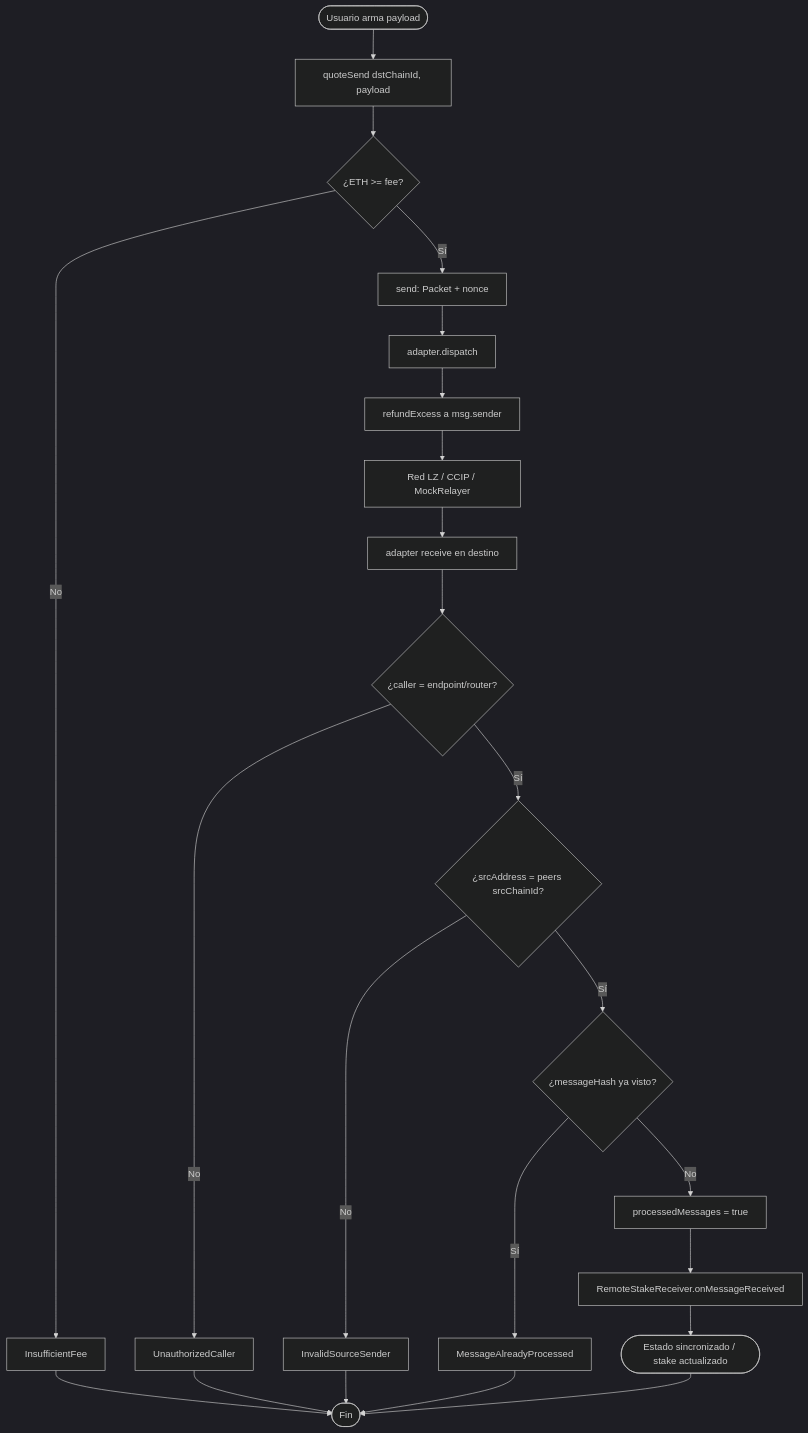
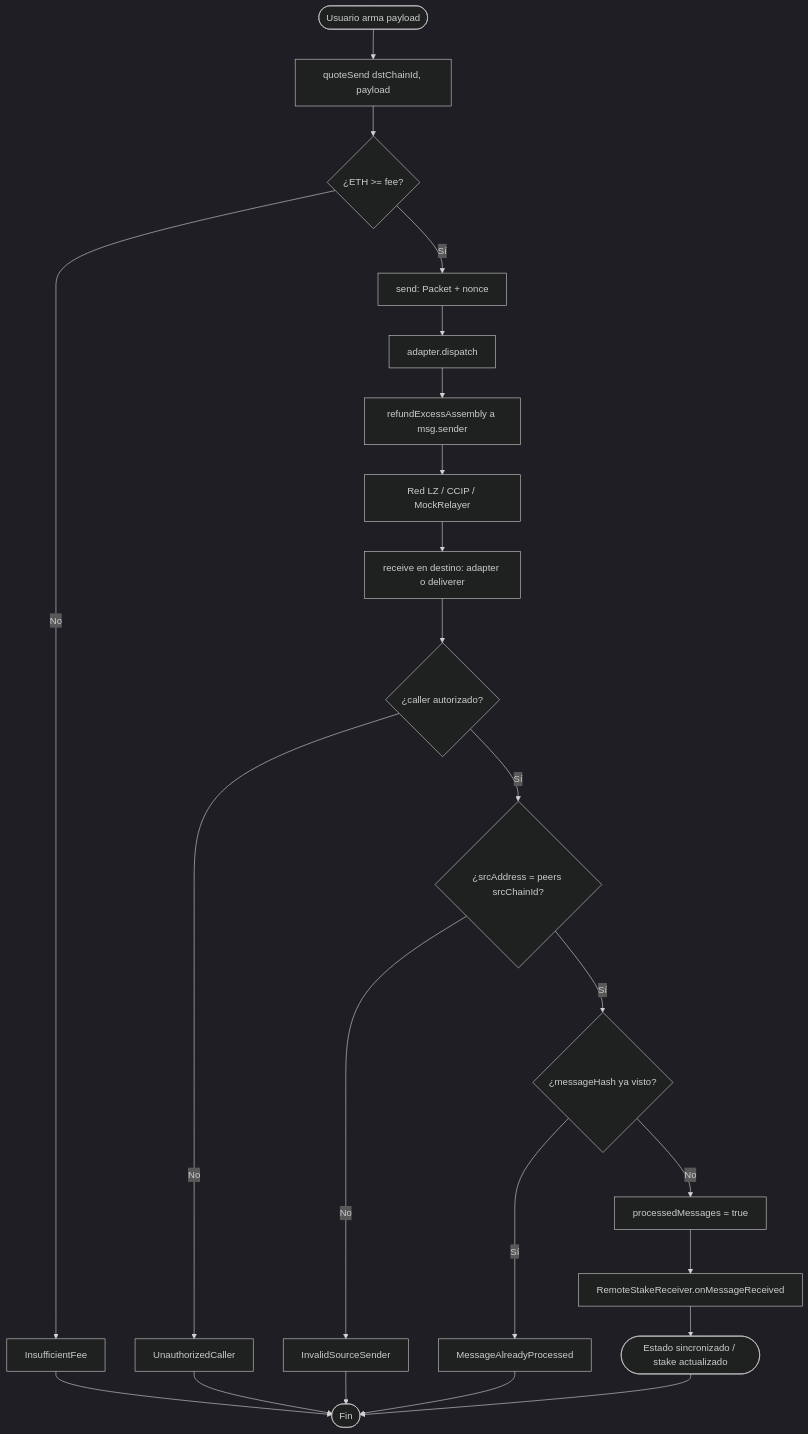
Before and after one commit to rastrahm/crosschain-messaging: the second of 5 diagrams in doc/flujograma.md, drawn with Mermaid (dark theme). The commit also changed other lines of this file and 7 other files, not shown here.

````diff
--- a/doc/flujograma.md
+++ b/doc/flujograma.md
@@ -35,25 +36,25 @@
 ```mermaid
 flowchart TD
     Start([Usuario arma payload]) --> Quote[quoteSend dstChainId, payload]
     Quote --> Fee{¿ETH >= fee?}
     Fee -->|No| Abort[InsufficientFee]
     Fee -->|Sí| Send[send: Packet + nonce]
     Send --> Disp[adapter.dispatch]
-    Disp --> Ref[refundExcess a msg.sender]
+    Disp --> Ref[refundExcessAssembly a msg.sender]
     Ref --> Net[Red LZ / CCIP / MockRelayer]
-    Net --> Rec[adapter receive en destino]
-    Rec --> Auth{¿caller = endpoint/router?}
+    Net --> Rec[receive en destino: adapter o deliverer]
+    Rec --> Auth{¿caller autorizado?}
     Auth -->|No| U1[UnauthorizedCaller]
     Auth -->|Sí| Peer{¿srcAddress = peers srcChainId?}
     Peer -->|No| U2[InvalidSourceSender]
     Peer -->|Sí| Replay{¿messageHash ya visto?}
     Replay -->|Sí| R1[MessageAlreadyProcessed]
     Replay -->|No| Mark[processedMessages = true]
     Mark --> App[RemoteStakeReceiver.onMessageReceived]
     App --> Done([Estado sincronizado / stake actualizado])
     Abort --> End([Fin])
     U1 --> End
     U2 --> End
     R1 --> End
     Done --> End
 ```
````
